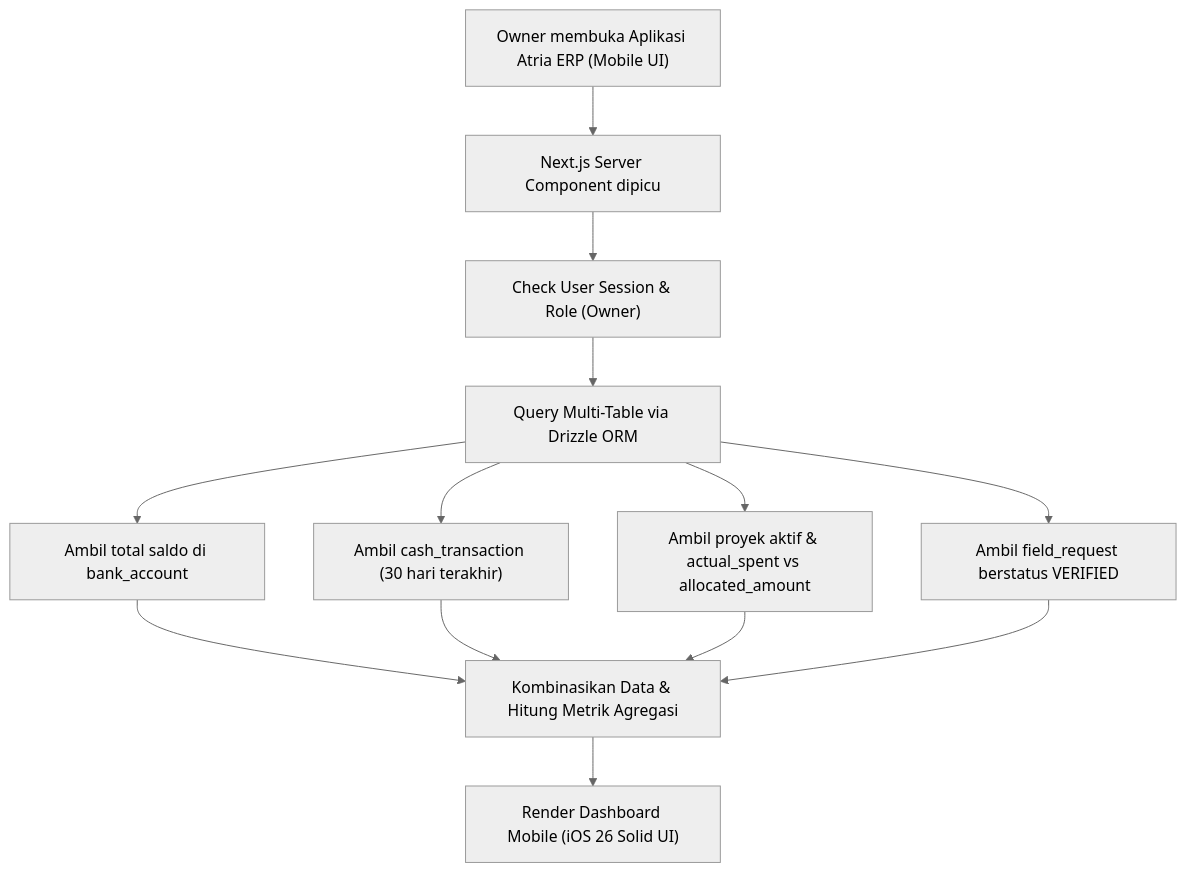
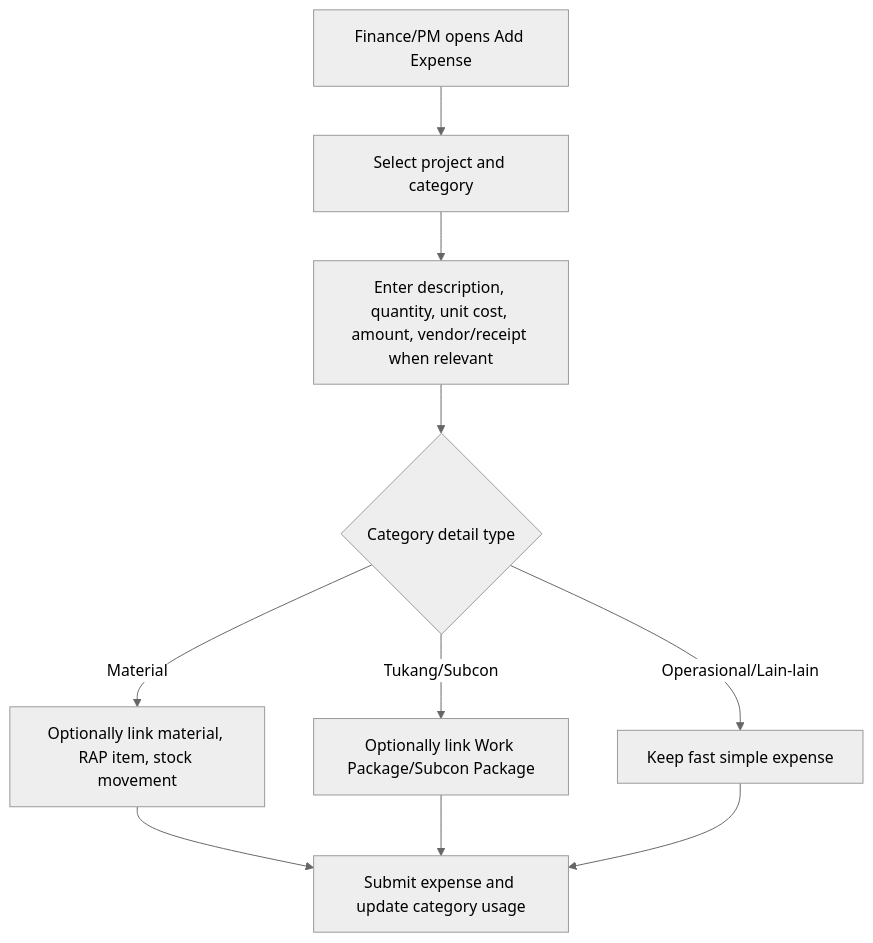
The third of 13 diagrams in docs/03-flows/FLOWS.md (LibranRst/atria-erp), drawn with Mermaid (neutral theme) before and after one commit. The commit also changed other lines of this file and 453 other files, not shown here.

Commit message:
refactor: consolidate finance and material control workflows

````diff
--- a/docs/03-flows/FLOWS.md
+++ b/docs/03-flows/FLOWS.md
@@ -31,15 +38,12 @@
 ```mermaid
-graph TD
-    A["Owner membuka Aplikasi Atria ERP (Mobile UI)"] --> B["Next.js Server Component dipicu"]
-    B --> C["Check User Session & Role (Owner)"]
-    C --> D["Query Multi-Table via Drizzle ORM"]
-    D --> E["Ambil total saldo di bank_account"]
-    D --> F["Ambil cash_transaction (30 hari terakhir)"]
-    D --> G["Ambil proyek aktif & actual_spent vs allocated_amount"]
-    D --> H["Ambil field_request berstatus VERIFIED"]
-    E --> I["Kombinasikan Data & Hitung Metrik Agregasi"]
-    F --> I
-    G --> I
-    H --> I
-    I --> J["Render Dashboard Mobile (iOS 26 Solid UI)"]
+flowchart TD
+  A["Finance/PM opens Add Expense"] --> B["Select project and category"]
+  B --> C["Enter description, quantity, unit cost, amount, vendor/receipt when relevant"]
+  C --> D{"Category detail type"}
+  D -->|Material| E["Optionally link material, RAP item, stock movement"]
+  D -->|Tukang/Subcon| F["Optionally link Work Package/Subcon Package"]
+  D -->|Operasional/Lain-lain| G["Keep fast simple expense"]
+  E --> H["Submit expense and update category usage"]
+  F --> H
+  G --> H
 ```
````
